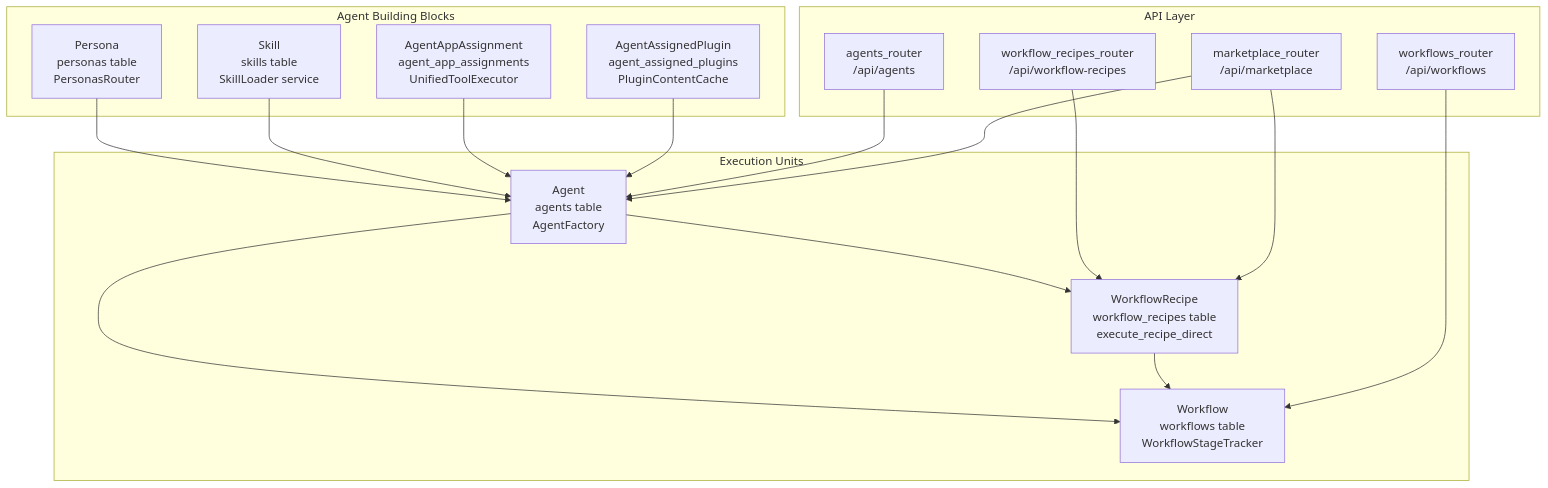
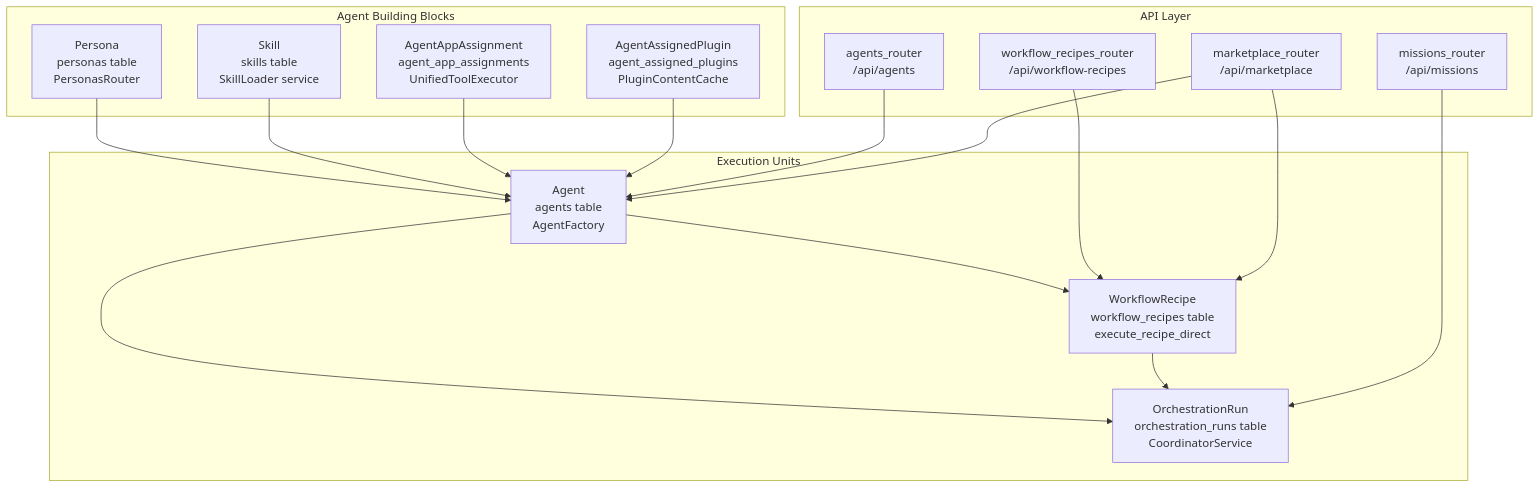
Before and after one commit to AutomatosAI/automatos-ai: the first of 2 diagrams in docs/overview/key-concepts.md, drawn with Mermaid. The commit also changed other lines of this file and 149 other files, not shown here.

Commit message:
docs: refresh documentation with graphify semantic scan

````diff
--- a/docs/overview/key-concepts.md
+++ b/docs/overview/key-concepts.md
@@ -43,37 +57,37 @@
 ```mermaid
 graph TB
     subgraph "Agent Building Blocks"
         PersonaModel["Persona<br/>personas table<br/>PersonasRouter"]
         SkillModel["Skill<br/>skills table<br/>SkillLoader service"]
         ToolAssignment["AgentAppAssignment<br/>agent_app_assignments<br/>UnifiedToolExecutor"]
         PluginAssignment["AgentAssignedPlugin<br/>agent_assigned_plugins<br/>PluginContentCache"]
     end
     
     subgraph "Execution Units"
         AgentModel["Agent<br/>agents table<br/>AgentFactory"]
         RecipeModel["WorkflowRecipe<br/>workflow_recipes table<br/>execute_recipe_direct"]
-        WorkflowModel["Workflow<br/>workflows table<br/>WorkflowStageTracker"]
+        MissionModel["OrchestrationRun<br/>orchestration_runs table<br/>CoordinatorService"]
     end
     
     subgraph "API Layer"
         AgentRouter["agents_router<br/>/api/agents"]
         RecipeRouter["workflow_recipes_router<br/>/api/workflow-recipes"]
-        WorkflowRouter["workflows_router<br/>/api/workflows"]
+        MissionRouter["missions_router<br/>/api/missions"]
         MarketplaceRouter["marketplace_router<br/>/api/marketplace"]
     end
     
     PersonaModel --> AgentModel
     SkillModel --> AgentModel
     ToolAssignment --> AgentModel
     PluginAssignment --> AgentModel
     
     AgentModel --> RecipeModel
-    AgentModel --> WorkflowModel
-    RecipeModel --> WorkflowModel
+    AgentModel --> MissionModel
+    RecipeModel --> MissionModel
     
     AgentRouter --> AgentModel
     RecipeRouter --> RecipeModel
-    WorkflowRouter --> WorkflowModel
+    MissionRouter --> MissionModel
     MarketplaceRouter --> AgentModel
     MarketplaceRouter --> RecipeModel
 ```
````
